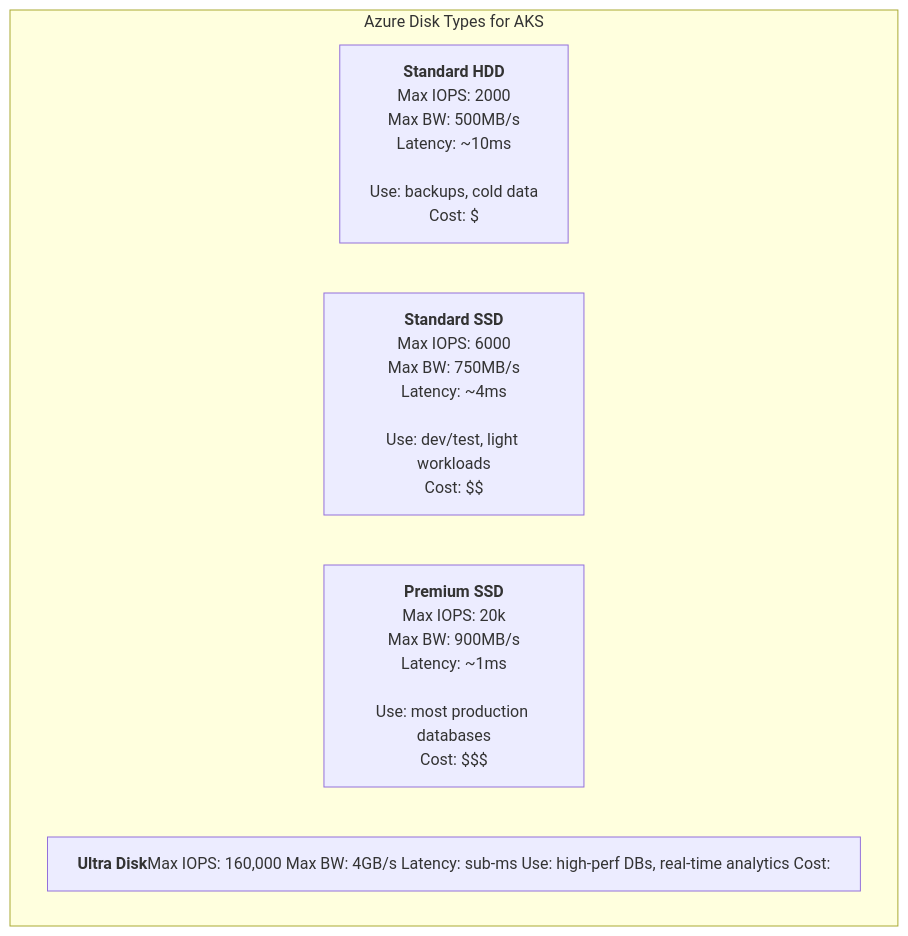
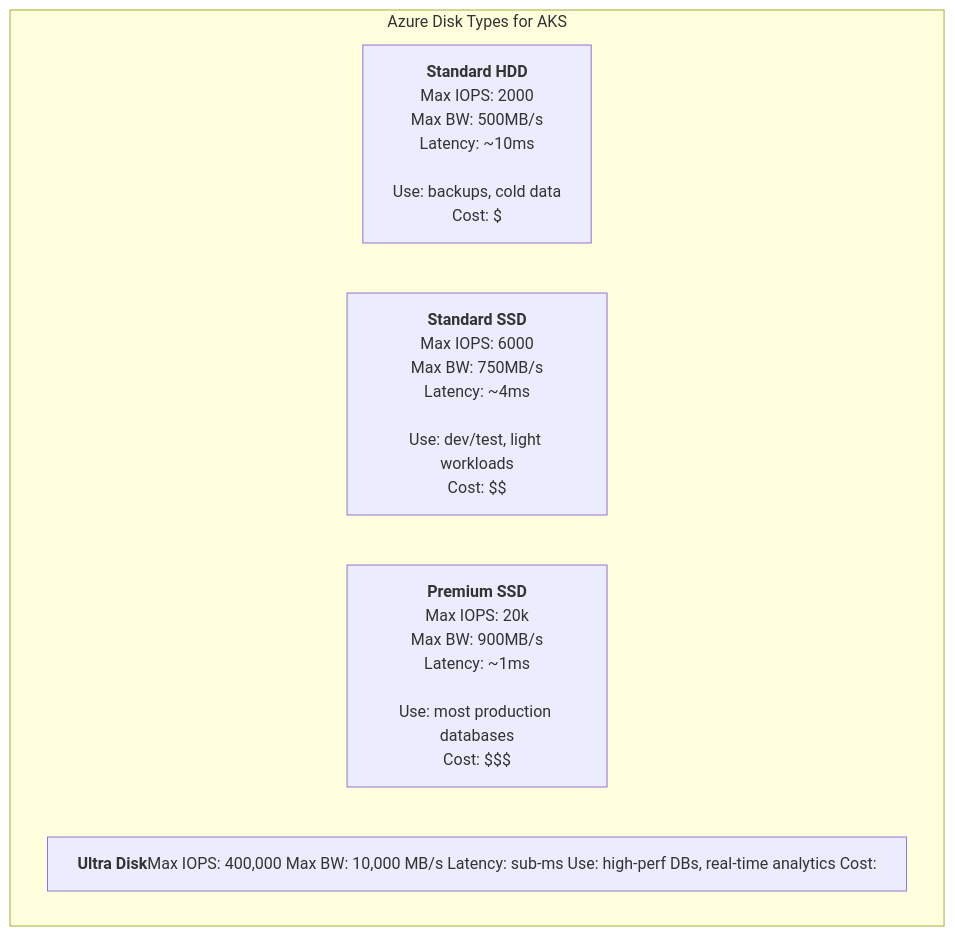
Before and after one commit to kube-dojo/kube-dojo: the first of 5 diagrams in src/content/docs/cloud/aks-deep-dive/module-7.4-aks-production.md, drawn with Mermaid. The commit also changed other lines of this file, not shown here.

Commit message:
fix(content): apply opus review fixes — AKS 7.4 production (servicebus producer, KEDA field, log-analytics flags, Ultra IOPS, k-alias) (cloud AKS wave)

````diff
--- a/src/content/docs/cloud/aks-deep-dive/module-7.4-aks-production.md
+++ b/src/content/docs/cloud/aks-deep-dive/module-7.4-aks-production.md
@@ -40,9 +40,9 @@
 ```mermaid
 graph TD
     subgraph Azure Disk Types for AKS
         HDD["<b>Standard HDD</b><br/>Max IOPS: 2000<br/>Max BW: 500MB/s<br/>Latency: ~10ms<br/><br/>Use: backups, cold data<br/>Cost: $"]
         SSD["<b>Standard SSD</b><br/>Max IOPS: 6000<br/>Max BW: 750MB/s<br/>Latency: ~4ms<br/><br/>Use: dev/test, light workloads<br/>Cost: $$"]
         Premium["<b>Premium SSD</b><br/>Max IOPS: 20k<br/>Max BW: 900MB/s<br/>Latency: ~1ms<br/><br/>Use: most production databases<br/>Cost: $$$"]
-        Ultra["<b>Ultra Disk</b><br/>Max IOPS: 160,000<br/>Max BW: 4GB/s<br/>Latency: sub-ms<br/><br/>Use: high-perf DBs, real-time analytics<br/>Cost: $$$$"]
+        Ultra["<b>Ultra Disk</b><br/>Max IOPS: 400,000<br/>Max BW: 10,000 MB/s<br/>Latency: sub-ms<br/><br/>Use: high-perf DBs, real-time analytics<br/>Cost: $$$$"]
     end
 ```
````
